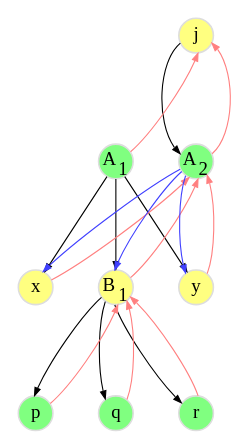
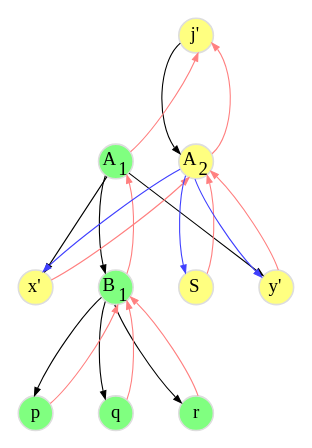
The diagram in d4.gv (flatcap/dparted), drawn with Graphviz before and after one commit. The commit also changed 3 other files, not shown here.

```diff
--- a/d4.gv
+++ b/d4.gv
@@ -1,59 +1,64 @@
 digraph d {
 	graph [
 		rankdir="TB"
 		bgcolor="white"
 		color="white"
 		nodesep="0.4"
 		ranksep="0.8"
 	];
 
 	node [
 		fontsize="12"
 		style="solid"
 		width="0.3"
 		height="0.3"
 		fixedsize="true"
 		penwidth="1.0"
 		color="#DDDDDD"
 	];
 
 	edge [
 		penwidth="0.7"
 		color="#000000"
 		arrowsize="0.5"
 	];
 
 
-	j  [ label=<j>             style="filled" fillcolor="#ffff80" ];
+	j  [ label=<j'>            style="filled" fillcolor="#ffff80" ];
 	a1 [ label=<A<SUB>1</SUB>> style="filled" fillcolor="#80ff80" ];
-	x  [ label=<x>             style="filled" fillcolor="#ffff80" ];
-	b1 [ label=<B<SUB>1</SUB>> style="filled" fillcolor="#ffff80" ];
-	y  [ label=<y>             style="filled" fillcolor="#ffff80" ];
+	x  [ label=<x'>            style="filled" fillcolor="#ffff80" ];
+	b1 [ label=<B<SUB>1</SUB>> style="filled" fillcolor="#80ff80" ];
+	s  [ label=<S>             style="filled" fillcolor="#ffff80" ];
+	y  [ label=<y'>            style="filled" fillcolor="#ffff80" ];
 	p  [ label=<p>             style="filled" fillcolor="#80ff80" ];
 	q  [ label=<q>             style="filled" fillcolor="#80ff80" ];
 	r  [ label=<r>             style="filled" fillcolor="#80ff80" ];
-	a2 [ label=<A<SUB>2</SUB>> style="filled" fillcolor="#80ff80" ];
+	a2 [ label=<A<SUB>2</SUB>> style="filled" fillcolor="#ffff80" ];
 
 	j  -> a1  [ style=invis  ];
 	j  -> a2;
 	a1 -> j   [ color="#ff8080" ];
 	a1 -> x;
 	x  -> a2  [ color="#ff8080" constraint=false ];
 	a1 -> b1;
-	b1 -> a2  [ color="#ff8080" constraint=false ];
+	b1 -> a1  [ color="#ff8080" ];
 	a1 -> y;
 	y  -> a2  [ color="#ff8080" constraint=false ];
 	b1 -> p;
 	p  -> b1  [ color="#ff8080" ];
 	b1 -> q;
 	q  -> b1  [ color="#ff8080" ];
 	b1 -> r;
 	r  -> b1  [ color="#ff8080" ];
 
 	j  -> a2 [ style=invis ];
 
 	a2 -> j  [ color="#ff8080"     ];
 	a2 -> x  [ color="#4040ff" constraint=false ];
-	a2 -> b1 [ color="#4040ff" constraint=false ];
+	a2 -> s  [ color="#4040ff" constraint=false ];
 	a2 -> y  [ color="#4040ff" constraint=false ];
+	s  -> a2 [ color="#ff8080" constraint=false ];
+
+	x -> b1 -> s -> y [ style=invis ];
+	{ rank=same x b1 s y }
 }
```
